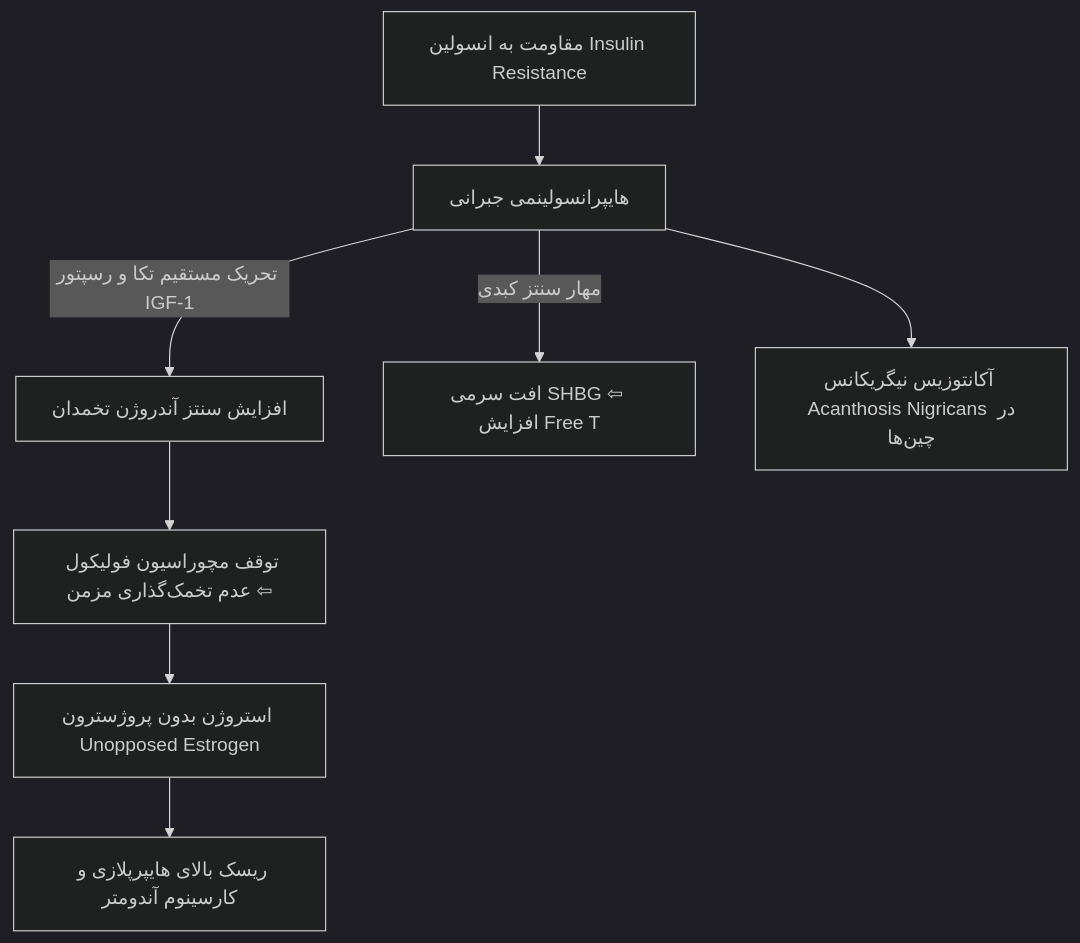
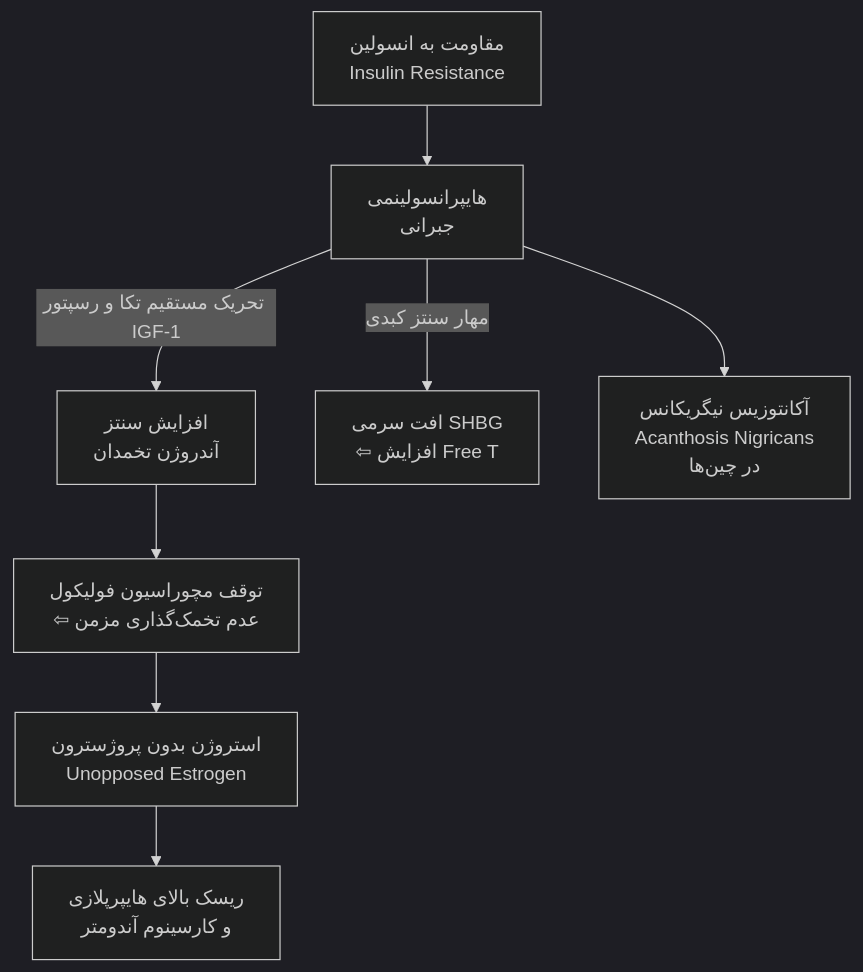
One commit to neopulse-hub/TUMS-1402-1-neo changed the fourth of 10 diagrams in 07/مبانی غدد/آمنوره و هیرسوتیسم.md. Above: the diagram before and after it, drawn with Mermaid (dark theme). The commit also changed other lines of this file, not shown here.

````diff
--- a/07/مبانی غدد/آمنوره و هیرسوتیسم.md
+++ b/07/مبانی غدد/آمنوره و هیرسوتیسم.md
@@ -104,10 +105,17 @@
 ```mermaid
 flowchart TD
-    IR[مقاومت به انسولین Insulin Resistance] --> HyperIns[هایپرانسولینمی جبرانی]
-    HyperIns -->|تحریک مستقیم تکا و رسپتور IGF-1| AndrogenExcess[افزایش سنتز آندروژن تخمدان]
-    HyperIns -->|مهار سنتز کبدی| LowSHBG[افت سرمی SHBG ⇦ افزایش Free T]
-    HyperIns --> AN[آکانتوزیس نیگریکانس Acanthosis Nigricans در چین‌ها]
-    AndrogenExcess --> Anovulation[توقف مچوراسیون فولیکول ⇦ عدم تخمک‌گذاری مزمن]
-    Anovulation --> UnopposedE[استروژن بدون پروژسترون Unopposed Estrogen]
-    UnopposedE --> CancerRisk[ریسک بالای هایپرپلازی و کارسینوم آندومتر]
+
+IR[مقاومت به انسولین<br>Insulin Resistance] --> HyperIns[هایپرانسولینمی<br>جبرانی]
+
+HyperIns -->|تحریک مستقیم تکا و رسپتور IGF-1| AndrogenExcess[افزایش سنتز<br>آندروژن تخمدان]
+
+HyperIns -->|مهار سنتز کبدی| LowSHBG[افت سرمی SHBG<br>⇦ افزایش Free T]
+
+HyperIns --> AN[آکانتوزیس نیگریکانس<br>Acanthosis Nigricans<br>در چین‌ها]
+
+AndrogenExcess --> Anovulation[توقف مچوراسیون فولیکول<br>⇦ عدم تخمک‌گذاری مزمن]
+
+Anovulation --> UnopposedE[استروژن بدون پروژسترون<br>Unopposed Estrogen]
+
+UnopposedE --> CancerRisk[ریسک بالای هایپرپلازی<br>و کارسینوم آندومتر]
 ```
````
